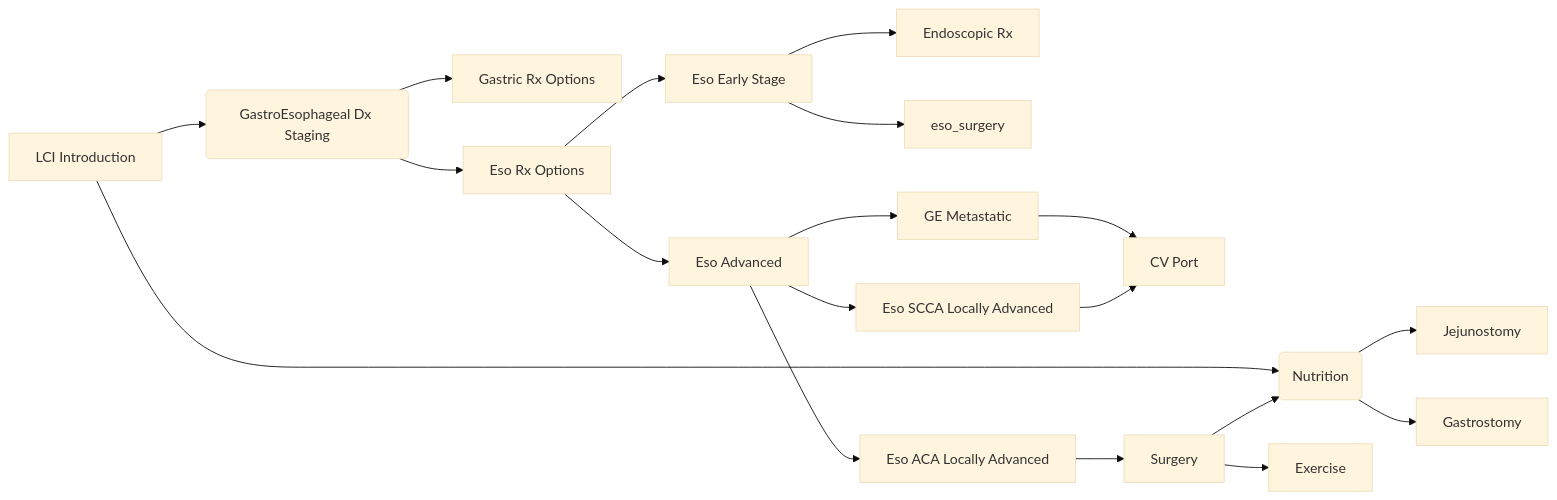
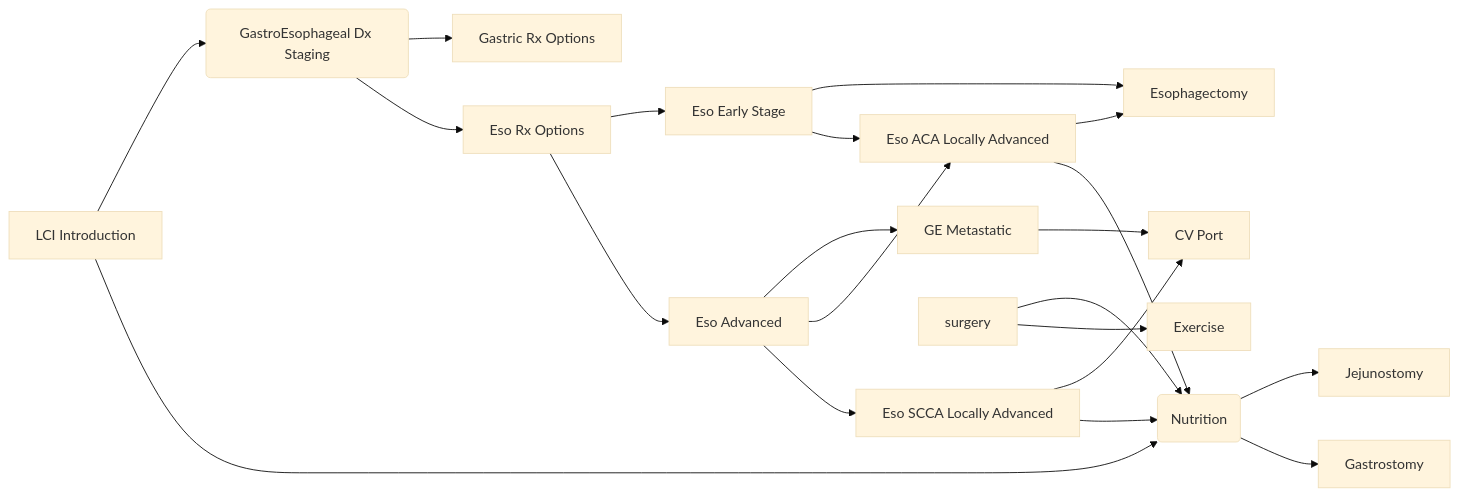
One commit to jcsalo/patient_education changed the diagram in patient_education_plan.qmd. Above: the diagram before and after it, drawn with Mermaid (base theme). The commit also changed 5 other files, not shown here.

````diff
--- a/patient_education_plan.qmd
+++ b/patient_education_plan.qmd
@@ -9,50 +9,54 @@
 ```{mermaid}
 flowchart LR
 A[LCI Introduction] -->B(GastroEsophageal Dx Staging)
 A-->nutrition(Nutrition)
 
 B--> C[Gastric Rx Options]
 B--> D[Eso Rx Options]
 
 D-->E[Eso Early Stage]
 D-->F[Eso Advanced]
 
-E-->G[Endoscopic Rx]
-E-->eso_surgery[eso_surgery]
+
+E-->eso_surgery[Esophagectomy]
+E-->J[Eso ACA Locally Advanced]
 
 F-->I[GE Metastatic]
-F-->J[Eso ACA Locally Advanced]
+F-->J
 F-->K[Eso SCCA Locally Advanced]
 
 nutrition--> jejunostomy[Jejunostomy]
 nutrition--> gastrostomy[Gastrostomy]
 
 I-->L[CV Port]
 
 K-->L
+K-->nutrition
 
-J -->surgery[Surgery]
+J -->eso_surgery[Esophagectomy]
+J -->nutrition
 
 exercise[Exercise]
 
 surgery-->nutrition
 surgery-->exercise
 
 click A "lci_intro.html"
 click B "ge_dx_staging.html"
 click C "gastric_rx_options.html"
 click D "eso_rx_options.html"
 click E "eso_advanced.html"
 click F "eso_advanced.html"
 click G "endoscopic_rx.html"
 click eso_surgery "eso_surgery.html"
 click I "ge_metastatic.html"
 click J "eso_aca_locally_advanced.html"
 click K "eso_scca_locally_advanced.html"
 click L "cv_port.html"
 click nutrition "nutrition.html"
 click jejunostomy "jejunostomy.html"
 click gastrostomy "gastrostomy.html"
+click exercise "exercise.html"
 
 
 ```
````
